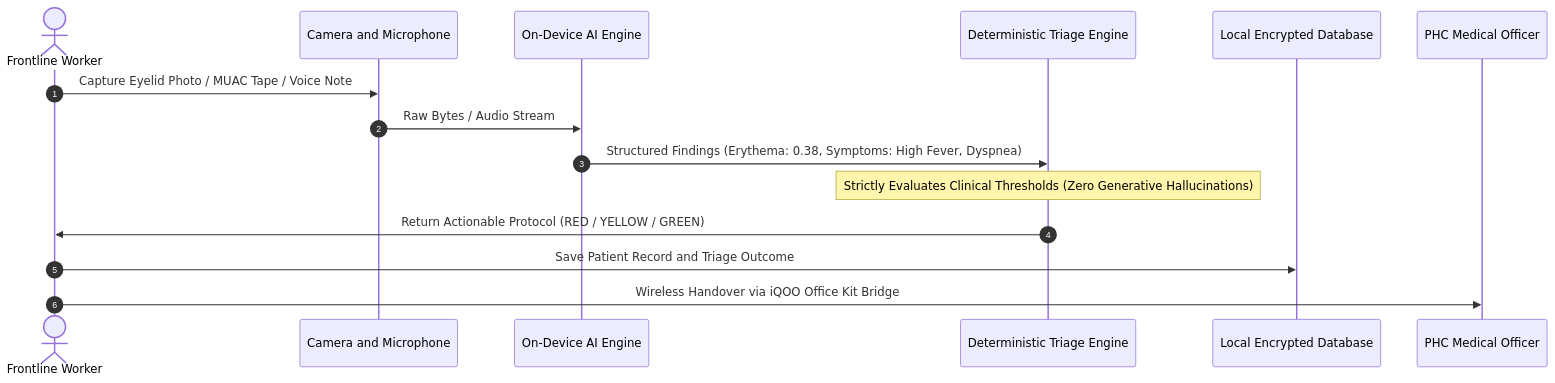
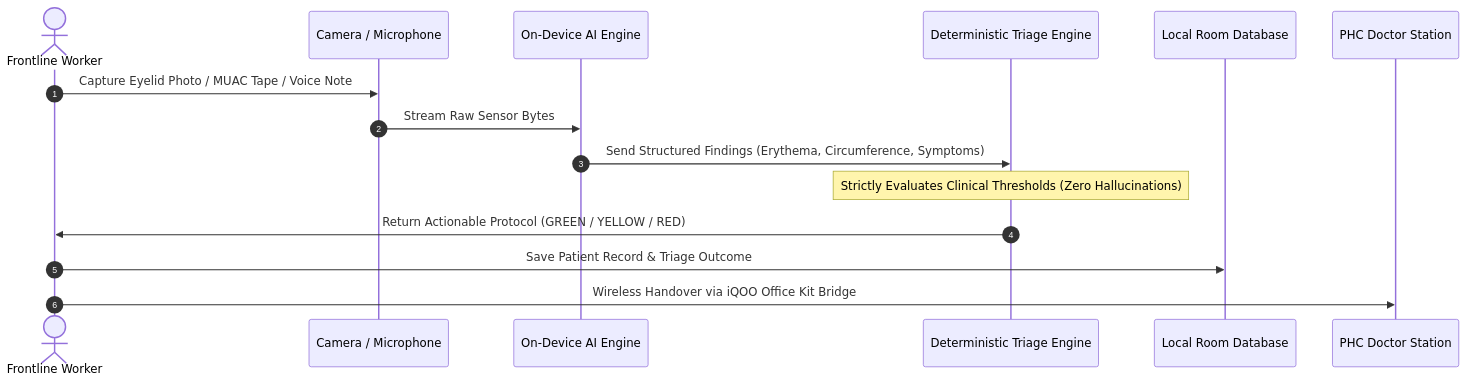
The fourth of 4 diagrams in README.md (SarthakNC/Nidan-AI---IQOO-INDIA-HACKATHON-IDEA-SUBMISSION), drawn with Mermaid before and after one commit. The commit also changed other lines of this file, not shown here.

First line of the commit message:
docs: update system architecture diagram in README

````diff
--- a/README.md
+++ b/README.md
@@ -284,18 +237,18 @@
 ```mermaid
 sequenceDiagram
     autonumber
     actor ASHA as Frontline Worker
-    participant CamMic as Camera and Microphone
+    participant Sensor as Camera / Microphone
     participant AI as On-Device AI Engine
     participant Gatekeeper as Deterministic Triage Engine
-    participant DB as Local Encrypted Database
-    participant Doctor as PHC Medical Officer
+    participant DB as Local Room Database
+    participant Doctor as PHC Doctor Station
 
-    ASHA->>CamMic: Capture Eyelid Photo / MUAC Tape / Voice Note
-    CamMic->>AI: Raw Bytes / Audio Stream
-    AI->>Gatekeeper: Structured Findings (Erythema: 0.38, Symptoms: High Fever, Dyspnea)
-    Note over Gatekeeper: Strictly Evaluates Clinical Thresholds (Zero Generative Hallucinations)
-    Gatekeeper->>ASHA: Return Actionable Protocol (RED / YELLOW / GREEN)
-    ASHA->>DB: Save Patient Record and Triage Outcome
+    ASHA->>Sensor: Capture Eyelid Photo / MUAC Tape / Voice Note
+    Sensor->>AI: Stream Raw Sensor Bytes
+    AI->>Gatekeeper: Send Structured Findings (Erythema, Circumference, Symptoms)
+    Note over Gatekeeper: Strictly Evaluates Clinical Thresholds (Zero Hallucinations)
+    Gatekeeper->>ASHA: Return Actionable Protocol (GREEN / YELLOW / RED)
+    ASHA->>DB: Save Patient Record & Triage Outcome
     ASHA->>Doctor: Wireless Handover via iQOO Office Kit Bridge
 ```
````
